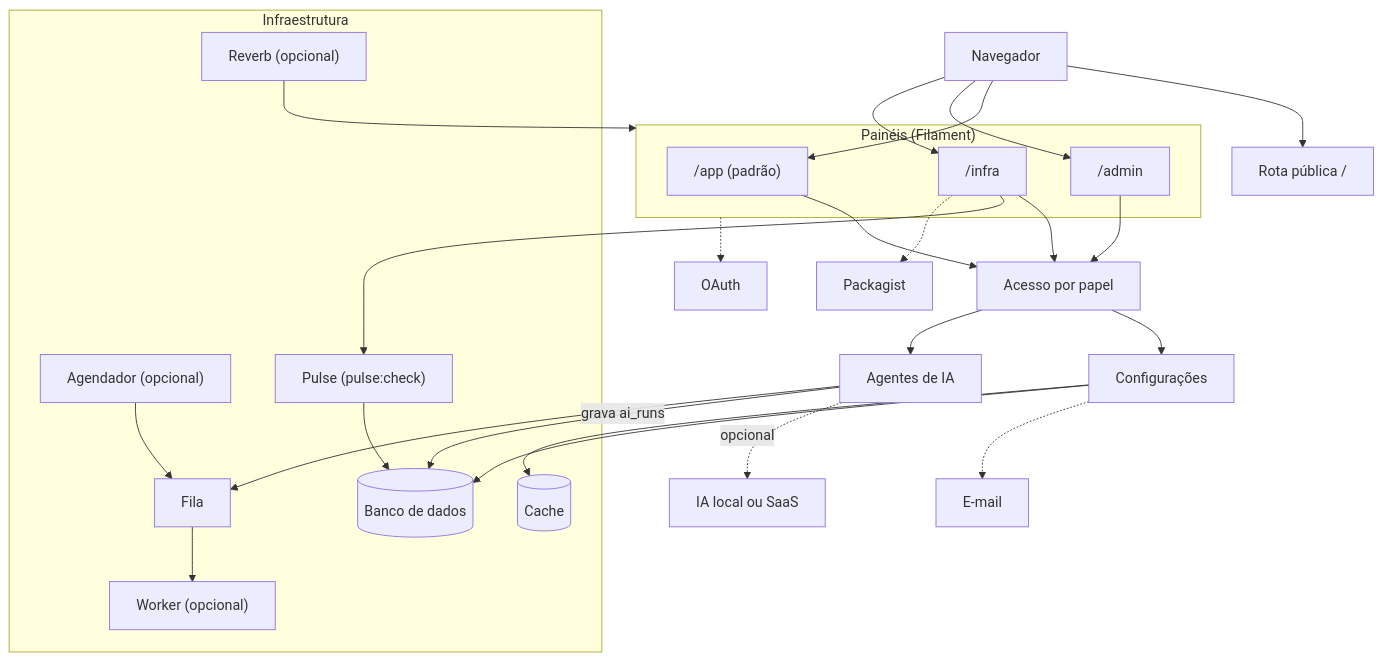
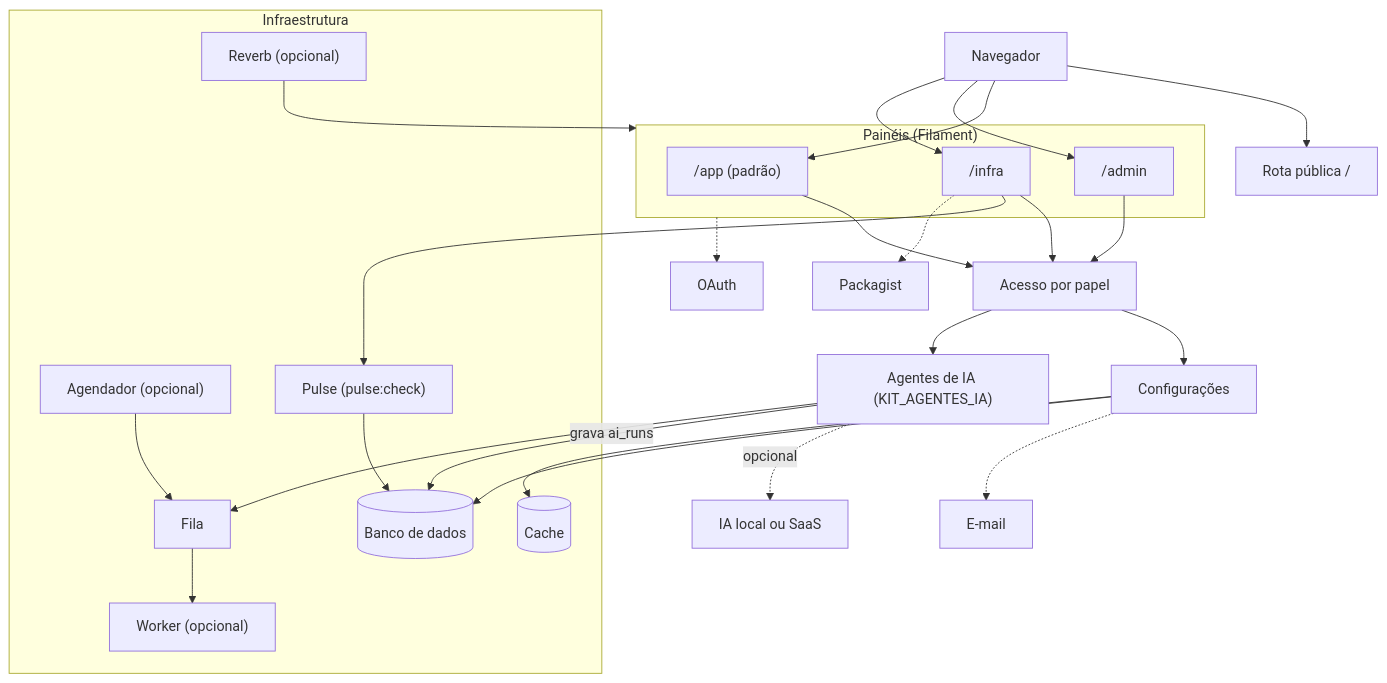
Before and after one commit to gsferro/filament-starter-kit-easy: the diagram in README.md, drawn with Mermaid. The commit also changed other lines of this file and 24 other files, not shown here.

````diff
--- a/README.md
+++ b/README.md
@@ -126,42 +126,42 @@
 ```mermaid
 flowchart TD
 %% DG-01
 accTitle: Arquitetura em camadas
 accDescr: Do navegador aos três painéis Filament, pelo acesso por papel, até banco, fila, cache e os serviços opcionais.
   navegador[Navegador] --> rota_publica["Rota pública /"]
   navegador --> painel_app
   navegador --> painel_admin
   navegador --> painel_infra
   subgraph camada_paineis ["Painéis (Filament)"]
     painel_app["/app (padrão)"]
     painel_admin["/admin"]
     painel_infra["/infra"]
   end
   painel_app --> acesso_por_papel[Acesso por papel]
   painel_admin --> acesso_por_papel
   painel_infra --> acesso_por_papel
   acesso_por_papel --> configuracoes[Configurações]
-  acesso_por_papel --> agentes_ia[Agentes de IA]
+  acesso_por_papel --> agentes_ia["Agentes de IA (KIT_AGENTES_IA)"]
   subgraph camada_infra ["Infraestrutura"]
     banco[("Banco de dados")]
     fila[Fila]
     cache[("Cache")]
     worker["Worker (opcional)"]
     agendador["Agendador (opcional)"]
     reverb["Reverb (opcional)"]
     pulse["Pulse (pulse:check)"]
   end
   configuracoes --> banco
   configuracoes --> cache
   agentes_ia -->|"grava ai_runs"| banco
   agentes_ia --> fila
   fila --> worker
   agendador --> fila
   reverb --> camada_paineis
   painel_infra --> pulse
   pulse --> banco
   agentes_ia -.->|"opcional"| ia_externa["IA local ou SaaS"]
   camada_paineis -.-> oauth["OAuth"]
   configuracoes -.-> email_externo["E-mail"]
   painel_infra -.-> packagist["Packagist"]
 ```
````
